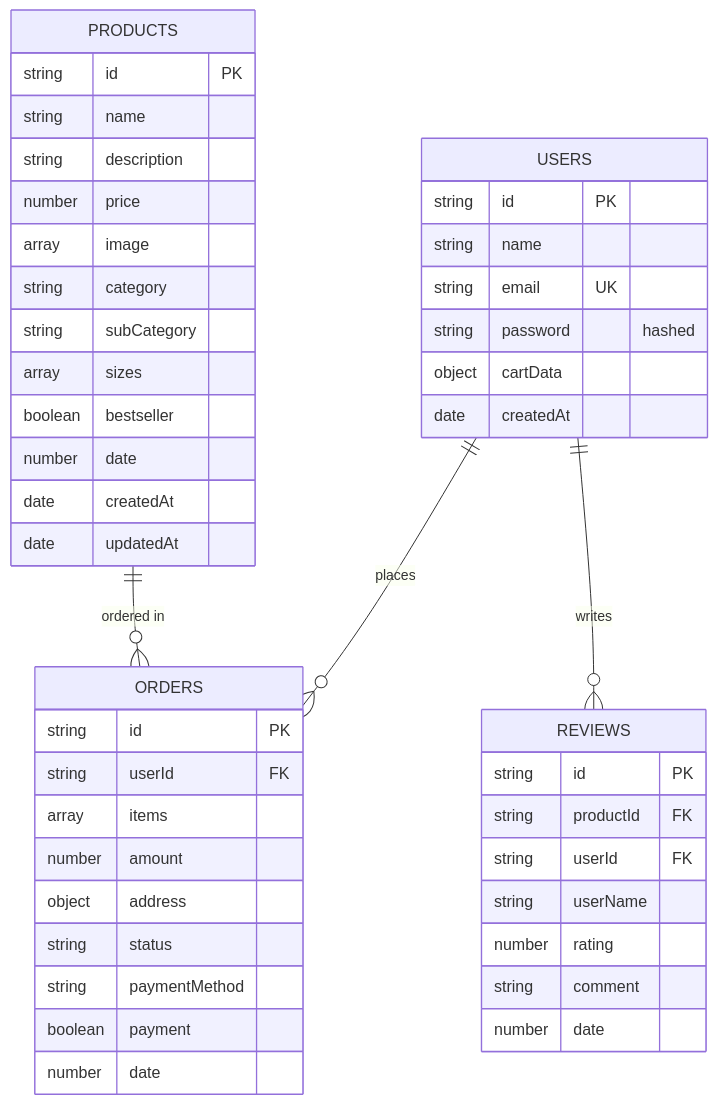
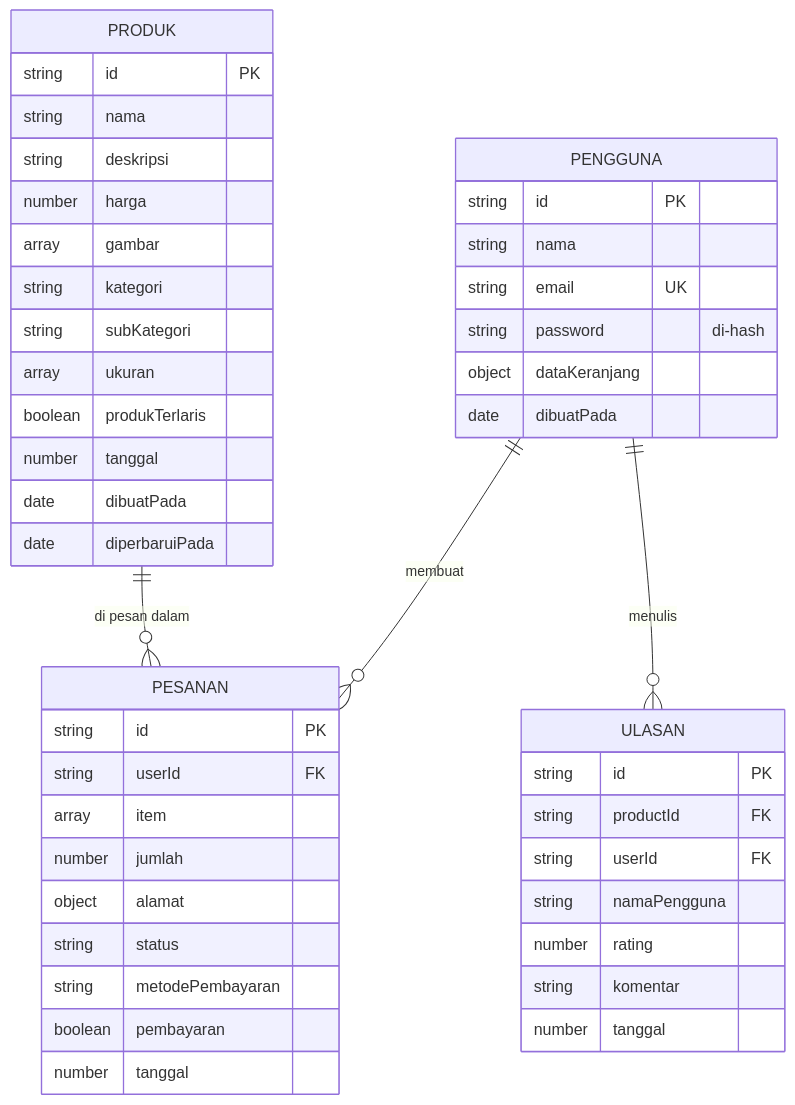
The third of 10 diagrams in README.md (Grinti123/gerai-ayra-fullstack), drawn with Mermaid before and after one commit.

````diff
--- a/README.md
+++ b/README.md
@@ -58,51 +58,51 @@
 ```mermaid
 erDiagram
-    USERS ||--o{ ORDERS : places
-    USERS ||--o{ REVIEWS : writes
-    USERS {
+    PENGGUNA ||--o{ PESANAN : membuat
+    PENGGUNA ||--o{ ULASAN : menulis
+    PENGGUNA {
         string id PK
-        string name
+        string nama
         string email UK
-        string password "hashed"
-        object cartData
-        date createdAt
+        string password "di-hash"
+        object dataKeranjang
+        date dibuatPada
     }
 
-    PRODUCTS ||--o{ ORDERS : "ordered in"
-    PRODUCTS {
+    PRODUK ||--o{ PESANAN : "di pesan dalam"
+    PRODUK {
         string id PK
-        string name
-        string description
-        number price
-        array image
-        string category
-        string subCategory
-        array sizes
-        boolean bestseller
-        number date
-        date createdAt
-        date updatedAt
+        string nama
+        string deskripsi
+        number harga
+        array gambar
+        string kategori
+        string subKategori
+        array ukuran
+        boolean produkTerlaris
+        number tanggal
+        date dibuatPada
+        date diperbaruiPada
     }
 
-    ORDERS {
+    PESANAN {
         string id PK
         string userId FK
-        array items
-        number amount
-        object address
+        array item
+        number jumlah
+        object alamat
         string status
-        string paymentMethod
-        boolean payment
-        number date
+        string metodePembayaran
+        boolean pembayaran
+        number tanggal
     }
 
-    REVIEWS {
+    ULASAN {
         string id PK
         string productId FK
         string userId FK
-        string userName
+        string namaPengguna
         number rating
-        string comment
-        number date
+        string komentar
+        number tanggal
     }
 ```
````
